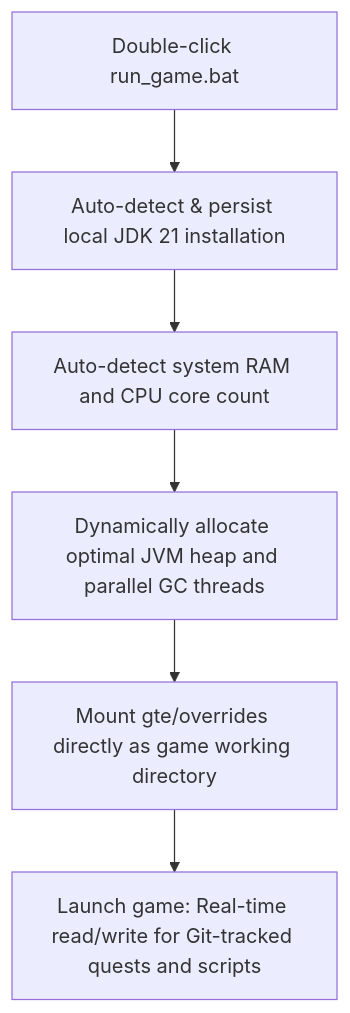
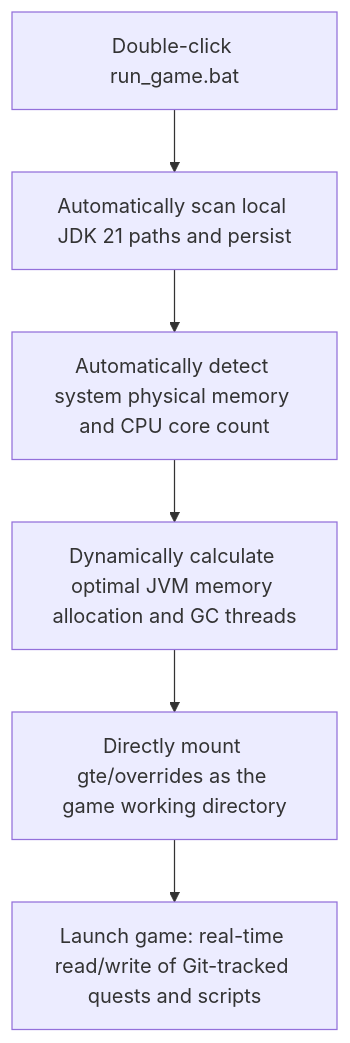
One commit to takanashisatou/GregtechEasy-Docs changed the diagram in docs/en/development/runtime-and-launchers.md. Above: the diagram before and after it, drawn with Mermaid. The commit also changed other lines of this file and 99 other files, not shown here.

````diff
--- a/docs/en/development/runtime-and-launchers.md
+++ b/docs/en/development/runtime-and-launchers.md
@@ -11,8 +11,8 @@
 ```mermaid
 graph TD
-    A[Double-click run_game.bat] --> B[Auto-detect & persist local JDK 21 installation]
-    B --> C[Auto-detect system RAM and CPU core count]
-    C --> D[Dynamically allocate optimal JVM heap and parallel GC threads]
-    D --> E[Mount gte/overrides directly as game working directory]
-    E --> F[Launch game: Real-time read/write for Git-tracked quests and scripts]
+    A[Double-click run_game.bat] --> B[Automatically scan local JDK 21 paths and persist]
+    B --> C[Automatically detect system physical memory and CPU core count]
+    C --> D[Dynamically calculate optimal JVM memory allocation and GC threads]
+    D --> E[Directly mount gte/overrides as the game working directory]
+    E --> F[Launch game: real-time read/write of Git-tracked quests and scripts]
 ```
````
